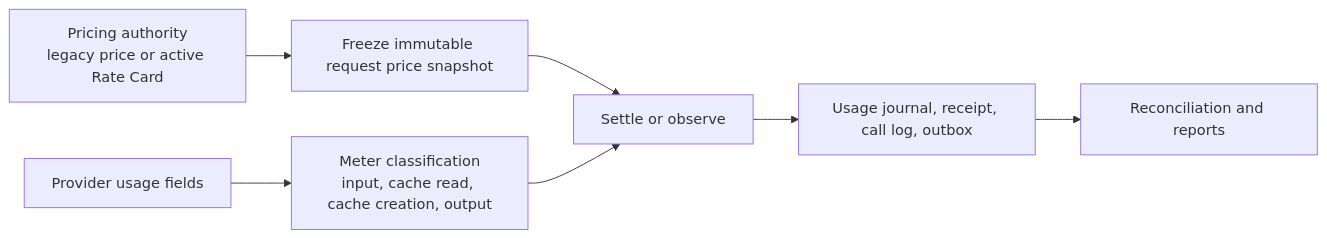
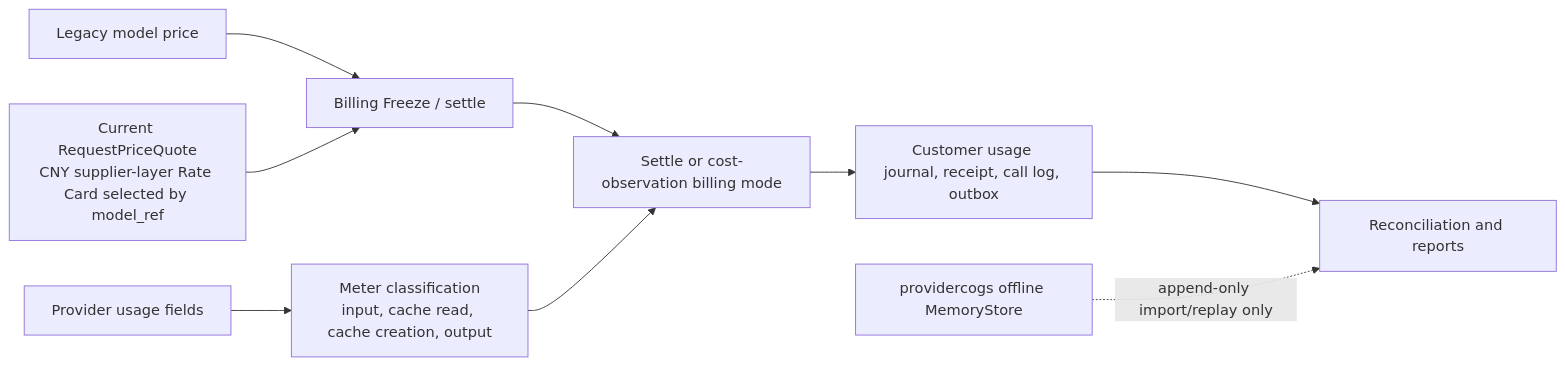
Before and after one commit to foigent/unirouter: the fifth of 6 diagrams in docs/architecture/SYSTEM-FACT-MAP.md, drawn with Mermaid. The commit also changed other lines of this file and 213 other files, not shown here.

````diff
--- a/docs/architecture/SYSTEM-FACT-MAP.md
+++ b/docs/architecture/SYSTEM-FACT-MAP.md
@@ -392,9 +418,11 @@
 ```mermaid
 flowchart LR
-  PA["Pricing authority\nlegacy price or active Rate Card"] --> F["Freeze immutable request price snapshot"]
+  LP["Legacy model price"] --> B["Billing Freeze / settle"]
+  RC["Current RequestPriceQuote\nCNY supplier-layer Rate Card selected by model_ref"] --> B
   U["Provider usage fields"] --> M["Meter classification\ninput, cache read, cache creation, output"]
-  F --> T["Settle or observe"]
+  B --> T["Settle or cost-observation billing mode"]
   M --> T
-  T --> J["Usage journal, receipt, call log, outbox"]
+  T --> J["Customer usage journal, receipt, call log, outbox"]
   J --> R["Reconciliation and reports"]
+  PC["providercogs offline MemoryStore"] -. "append-only import/replay only" .-> R
 ```
````
